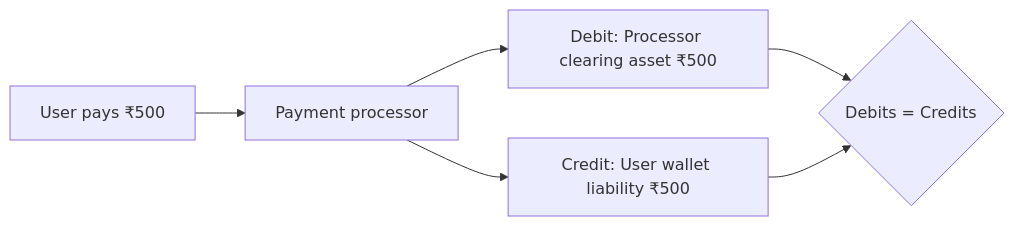
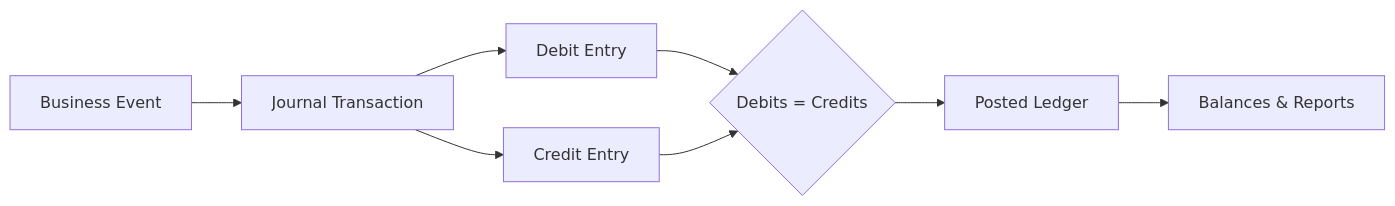
The first of 6 diagrams in src/content/payments/double-entry-ledger.md (AvadhBhalodiya/Interview-Preparation), drawn with Mermaid before and after one commit. The commit also changed other lines of this file and 54 other files, not shown here.

````diff
--- a/src/content/payments/double-entry-ledger.md
+++ b/src/content/payments/double-entry-ledger.md
@@ -22,8 +33,10 @@
 ```mermaid
 flowchart LR
-    U[User pays ₹500] --> P[Payment processor]
-    P --> A[Debit: Processor clearing asset ₹500]
-    P --> L[Credit: User wallet liability ₹500]
-    A --> B{Debits = Credits}
-    L --> B
+    E[Business Event] --> T[Journal Transaction]
+    T --> D[Debit Entry]
+    T --> C[Credit Entry]
+    D --> B{Debits = Credits}
+    C --> B
+    B --> L[Posted Ledger]
+    L --> R[Balances & Reports]
 ```
````
